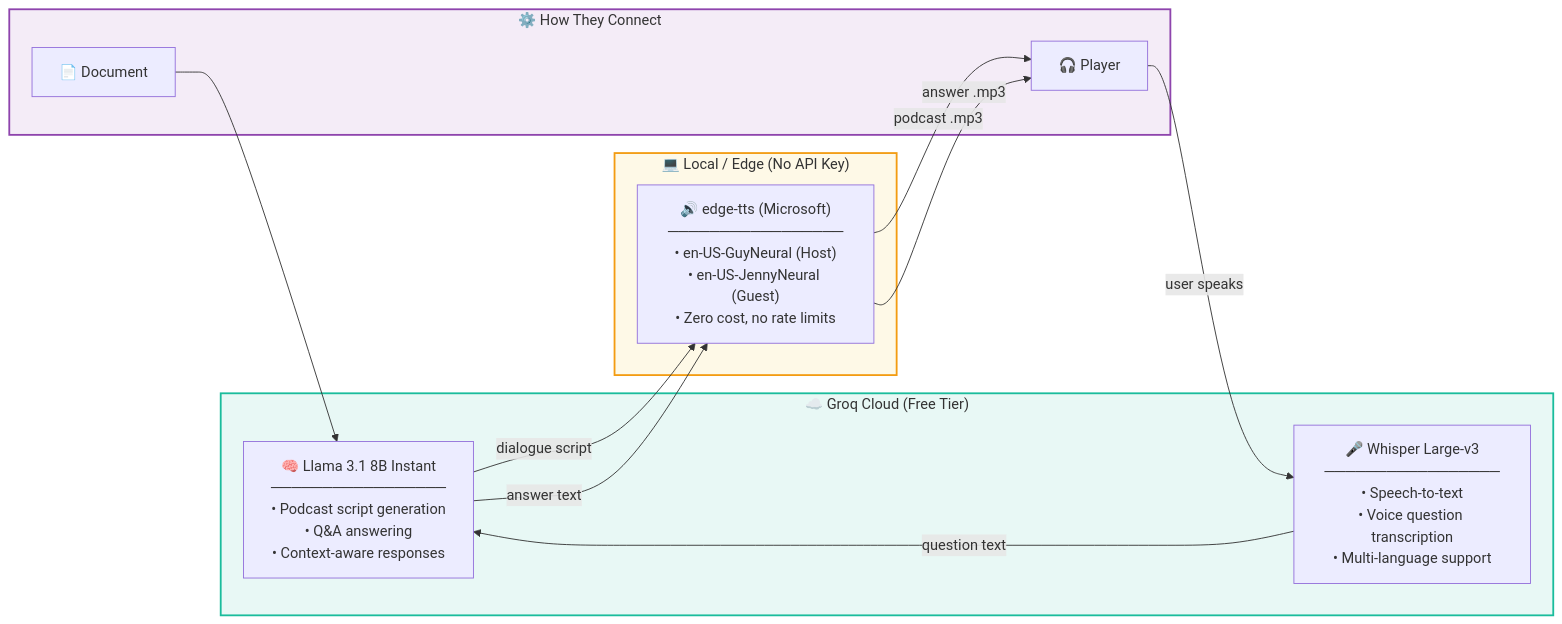
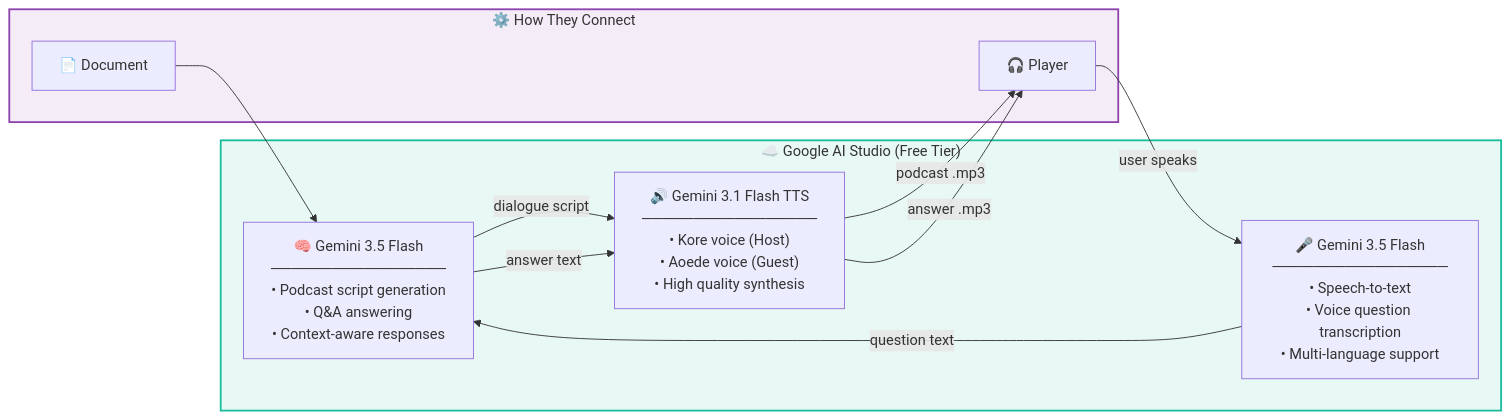
Before and after one commit to pushkal1234/PaperPod: the diagram in README.md, drawn with Mermaid. The commit also changed other lines of this file and 8 other files, not shown here.

Commit message:
switch to Google AI Studio

````diff
--- a/README.md
+++ b/README.md
@@ -169,25 +168,21 @@
 ```mermaid
 flowchart LR
-    subgraph GROQ["☁️ Groq Cloud (Free Tier)"]
-        LLM["🧠 Llama 3.1 8B Instant\n─────────────────\n• Podcast script generation\n• Q&A answering\n• Context-aware responses"]
-        STT["🎤 Whisper Large-v3\n─────────────────\n• Speech-to-text\n• Voice question transcription\n• Multi-language support"]
-    end
-
-    subgraph LOCAL["💻 Local / Edge (No API Key)"]
-        TTS["🔊 edge-tts (Microsoft)\n─────────────────\n• en-US-GuyNeural (Host)\n• en-US-JennyNeural (Guest)\n• Zero cost, no rate limits"]
+    subgraph GEMINI["☁️ Google AI Studio (Free Tier)"]
+        LLM["🧠 Gemini 3.5 Flash\n─────────────────\n• Podcast script generation\n• Q&A answering\n• Context-aware responses"]
+        STT["🎤 Gemini 3.5 Flash\n─────────────────\n• Speech-to-text\n• Voice question transcription\n• Multi-language support"]
+        TTS["🔊 Gemini 3.1 Flash TTS\n─────────────────\n• Kore voice (Host)\n• Aoede voice (Guest)\n• High quality synthesis"]
     end
 
     subgraph PIPELINE["⚙️ How They Connect"]
         DOC["📄 Document"] --> LLM
         LLM -->|dialogue script| TTS
         TTS -->|podcast .mp3| PLAY["🎧 Player"]
         PLAY -->|user speaks| STT
         STT -->|question text| LLM
         LLM -->|answer text| TTS
         TTS -->|answer .mp3| PLAY
     end
 
-    style GROQ fill:#E8F8F5,stroke:#1ABC9C,stroke-width:2px
-    style LOCAL fill:#FEF9E7,stroke:#F39C12,stroke-width:2px
+    style GEMINI fill:#E8F8F5,stroke:#1ABC9C,stroke-width:2px
     style PIPELINE fill:#F4ECF7,stroke:#8E44AD,stroke-width:2px
 ```
````
